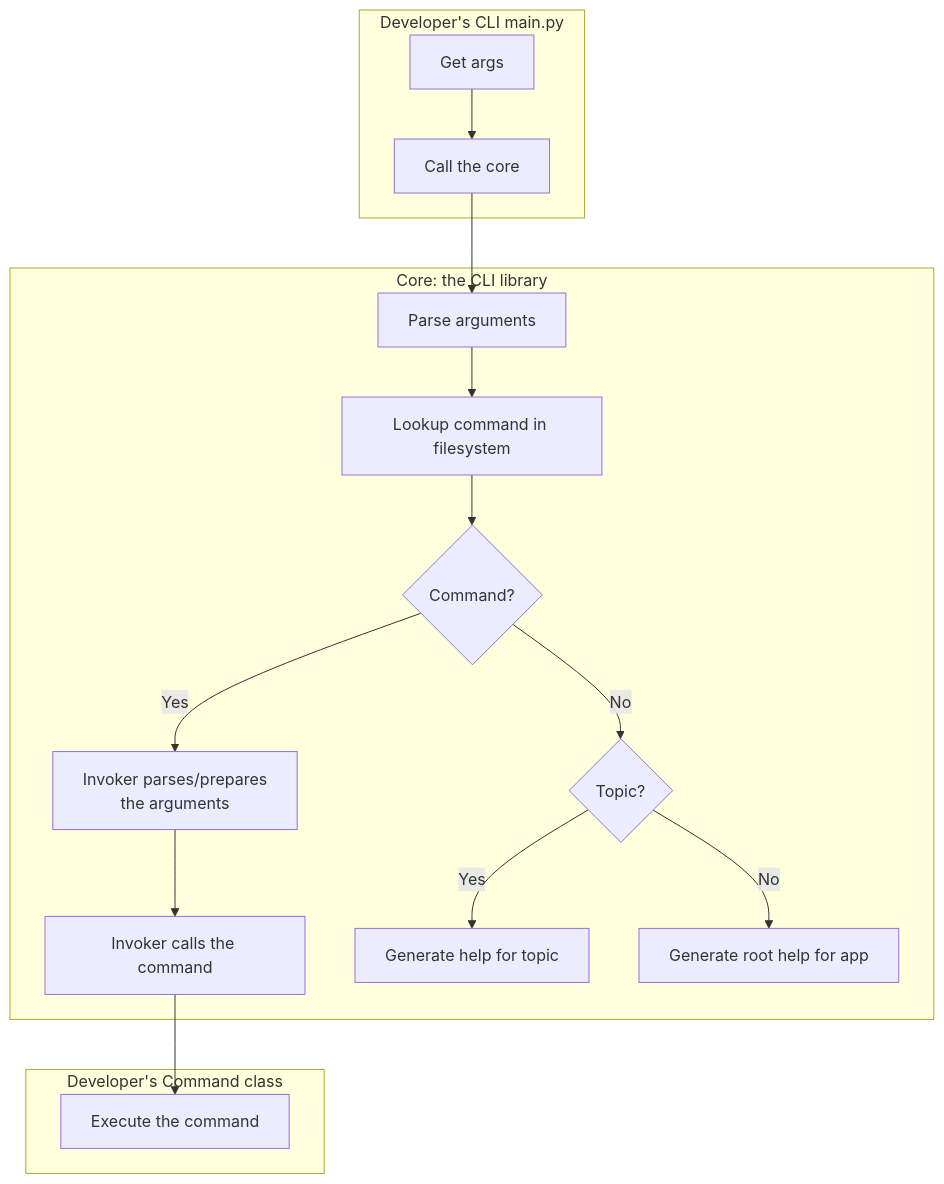
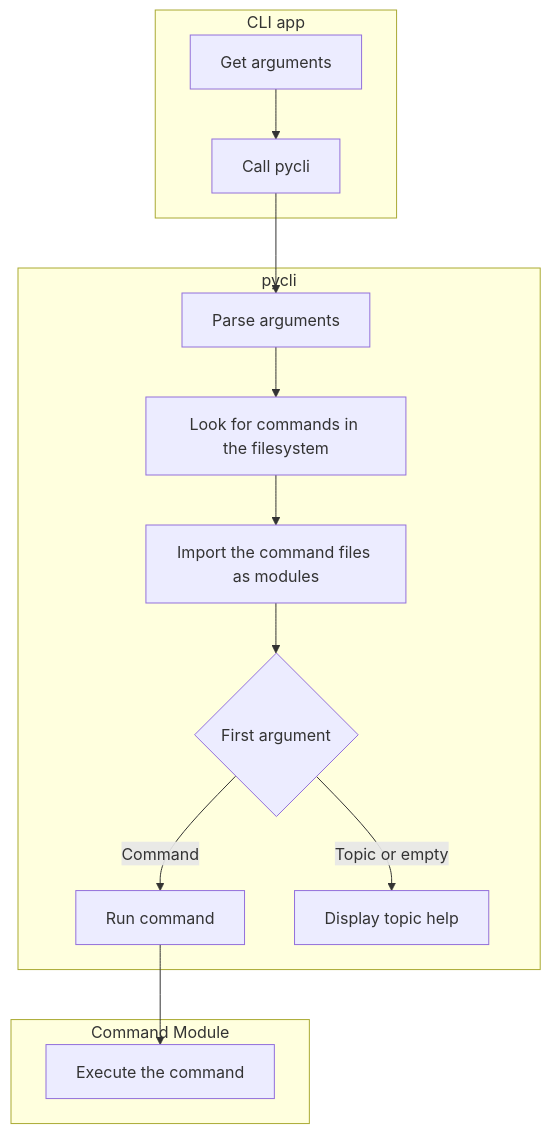
The diagram in README.md (isacben/clidir), drawn with Mermaid before and after one commit. The commit also changed other lines of this file and 1 other file, not shown here.

````diff
--- a/README.md
+++ b/README.md
@@ -7,24 +90,22 @@
 ```mermaid
 flowchart TD
-    subgraph "Developer's CLI main.py"
-        a1[Get args]-->a2[Call the core]
+    subgraph "CLI app"
+        a1[Get arguments]-->a2[Call pycli]
     end
 
     a2-->A
 
-    subgraph "Core: the CLI library"
-        A[Parse arguments]-->B[Lookup command in filesystem]
-        B-->C{Command?}
-        C-->|Yes| D["Invoker parses/prepares\n the arguments"]
-        C-->|No| F{Topic?}
-        D-->E["Invoker calls the command"]
-        F-->|Yes| G[Generate help for topic]
-        F-->|No| I[Generate root help for app]
+    subgraph "pycli"
+        A[Parse arguments]-->B[Look for commands in the filesystem]
+        B-->C[Import the command files as modules]
+        C-->D{First argument}
+        D-->|Command| H[Run command]
+        D-->|Topic or empty| I[Display topic help]
     end
     
-    E-->J
+    H-->J
 
-    subgraph Developer's Command class
+    subgraph Command Module
         J["Execute the command"]
     end
 ```
````
